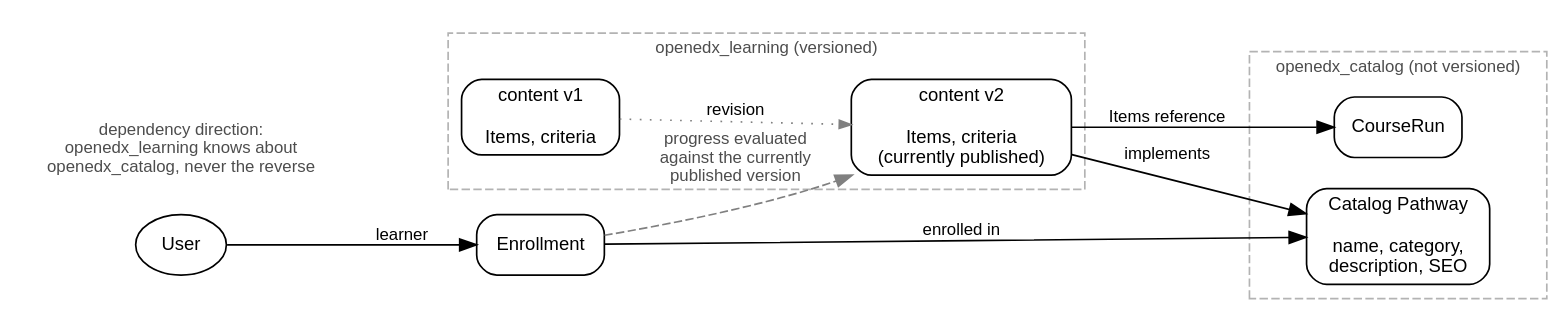
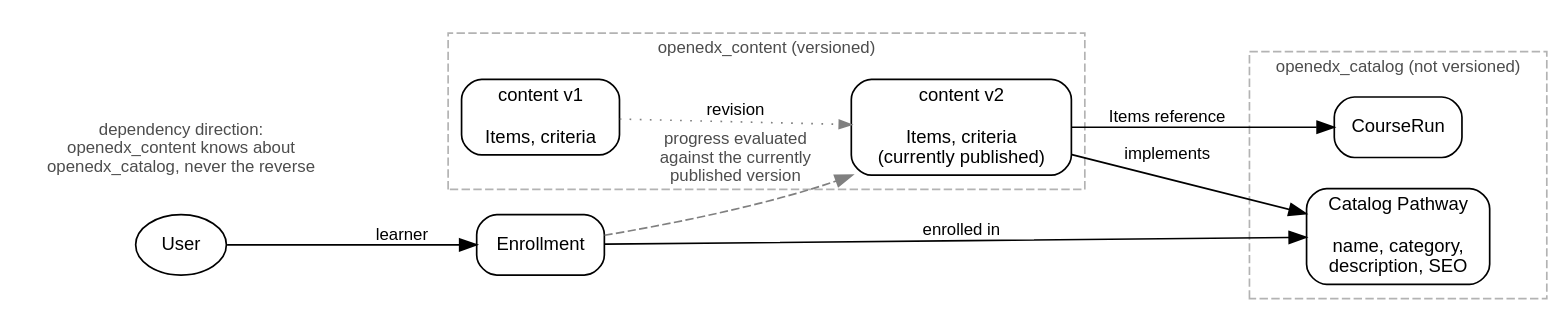
Before and after one commit to openedx/openedx-core: the diagram in docs/openedx_learning/decisions/images/pathway-catalog-content.dot, drawn with Graphviz. The commit also changed 1 other file, not shown here.

Commit message:
docs: revert changes to pathway diagram

```diff
--- a/docs/openedx_learning/decisions/images/pathway-catalog-content.dot
+++ b/docs/openedx_learning/decisions/images/pathway-catalog-content.dot
@@ -1,40 +1,40 @@
 digraph pathway_catalog_content {
     rankdir=LR;
     fontname="Helvetica";
     compound=true;
     node [shape=box, style=rounded, fontname="Helvetica", fontsize=11];
     edge [fontname="Helvetica", fontsize=10];
 
     subgraph cluster_catalog {
         label="openedx_catalog (not versioned)";
         fontsize=10;
         fontcolor="#4d4d4d";
         style=dashed;
         color="#b3b3b3";
         catalog [label="Catalog Pathway\n\nname, category,\ndescription, SEO"];
         courserun [label="CourseRun"];
     }
 
     subgraph cluster_content {
-        label="openedx_learning (versioned)";
+        label="openedx_content (versioned)";
         fontsize=10;
         fontcolor="#4d4d4d";
         style=dashed;
         color="#b3b3b3";
         v1 [label="content v1\n\nItems, criteria"];
         v2 [label="content v2\n\nItems, criteria\n(currently published)"];
         v1 -> v2 [style=dotted, color="#808080", arrowsize=0.7, label="revision"];
     }
 
     user [label="User", shape=ellipse];
     enrollment [label="Enrollment"];
 
     user -> enrollment [label="learner"];
     enrollment -> catalog [label="enrolled in"];
     enrollment -> v2 [label="progress evaluated\nagainst the currently\npublished version", style=dashed, color="#808080", fontcolor="#4d4d4d"];
 
     v2 -> catalog [label="implements"];
     v2 -> courserun [label="Items reference"];
 
-    direction [label="dependency direction:\nopenedx_learning knows about\nopenedx_catalog, never the reverse", shape=plaintext, fontsize=10, fontcolor="#4d4d4d"];
+    direction [label="dependency direction:\nopenedx_content knows about\nopenedx_catalog, never the reverse", shape=plaintext, fontsize=10, fontcolor="#4d4d4d"];
 }
```
